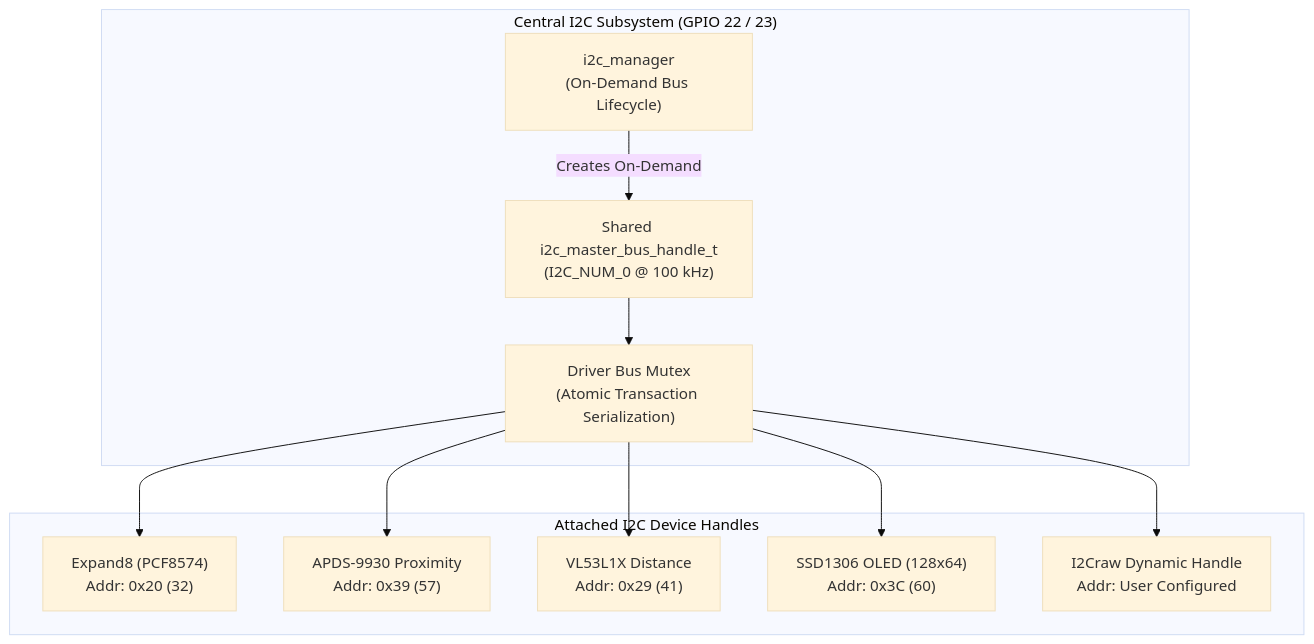
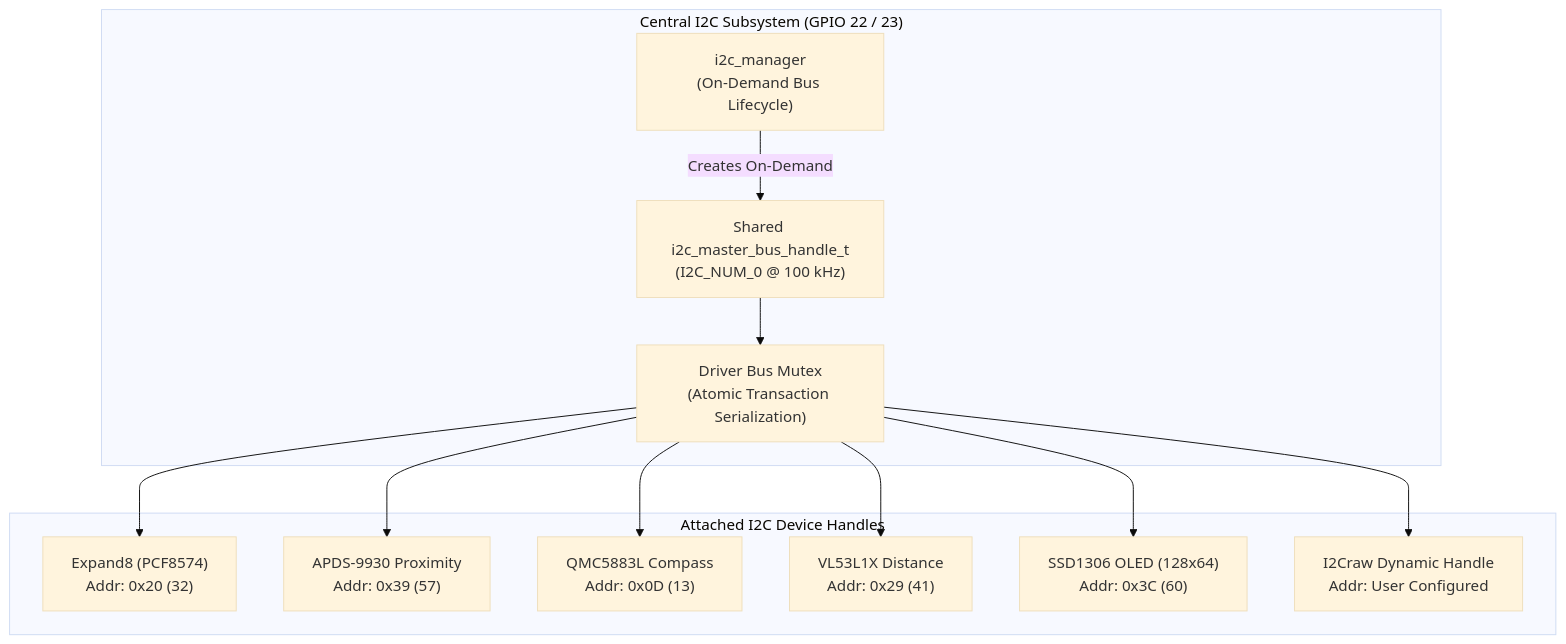
One commit to egapevets2/PNPzigbee changed the third of 7 diagrams in PNPzigbee_Architecture_and_Features.md. Above: the diagram before and after it, drawn with Mermaid (base theme). The commit also changed other lines of this file and 4 other files, not shown here.

Commit message:
Add QMC5883L 3-axis digital compass driver and documentation

````diff
--- a/PNPzigbee_Architecture_and_Features.md
+++ b/PNPzigbee_Architecture_and_Features.md
@@ -209,24 +212,26 @@
 ```mermaid
 flowchart TD
     subgraph I2C_Subsystem ["Central I2C Subsystem (GPIO 22 / 23)"]
         MGR["i2c_manager\n(On-Demand Bus Lifecycle)"]
         BUS["Shared i2c_master_bus_handle_t\n(I2C_NUM_0 @ 100 kHz)"]
         MUTEX["Driver Bus Mutex\n(Atomic Transaction Serialization)"]
     end
 
     subgraph Peripherals ["Attached I2C Device Handles"]
         DEV_EXP["Expand8 (PCF8574)\nAddr: 0x20 (32)"]
         DEV_APDS["APDS-9930 Proximity\nAddr: 0x39 (57)"]
+        DEV_COMPASS["QMC5883L Compass\nAddr: 0x0D (13)"]
         DEV_VL["VL53L1X Distance\nAddr: 0x29 (41)"]
         DEV_OLED["SSD1306 OLED (128x64)\nAddr: 0x3C (60)"]
         DEV_RAW["I2Craw Dynamic Handle\nAddr: User Configured"]
     end
 
     MGR --> |Creates On-Demand| BUS
     BUS --> MUTEX
     MUTEX --> DEV_EXP
     MUTEX --> DEV_APDS
+    MUTEX --> DEV_COMPASS
     MUTEX --> DEV_VL
     MUTEX --> DEV_OLED
     MUTEX --> DEV_RAW
 ```
````
